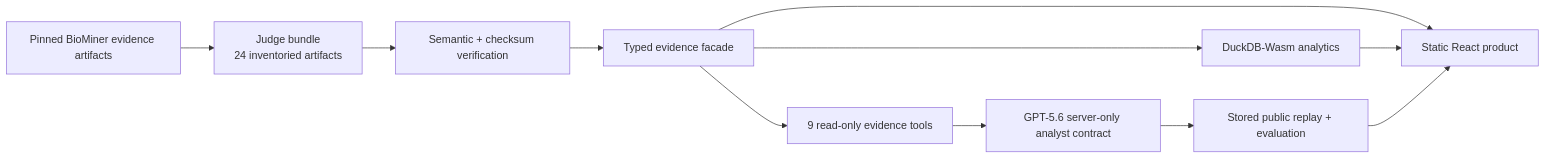
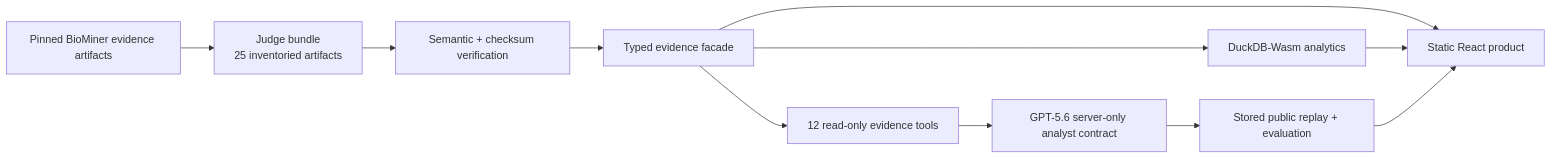
Before and after one commit to karikris/taxalens: the diagram in README.md, drawn with Mermaid. The commit also changed other lines of this file and 7 other files, not shown here.

````diff
--- a/README.md
+++ b/README.md
@@ -80,13 +81,13 @@
 ```mermaid
 flowchart LR
-    B["Pinned BioMiner evidence artifacts"] --> J["Judge bundle<br/>24 inventoried artifacts"]
+    B["Pinned BioMiner evidence artifacts"] --> J["Judge bundle<br/>25 inventoried artifacts"]
     J --> V["Semantic + checksum verification"]
     V --> F["Typed evidence facade"]
     F --> Q["DuckDB-Wasm analytics"]
-    F --> T["9 read-only evidence tools"]
+    F --> T["12 read-only evidence tools"]
     F --> U["Static React product"]
     Q --> U
     T --> G["GPT-5.6 server-only analyst contract"]
     G --> R["Stored public replay + evaluation"]
     R --> U
 ```
````
